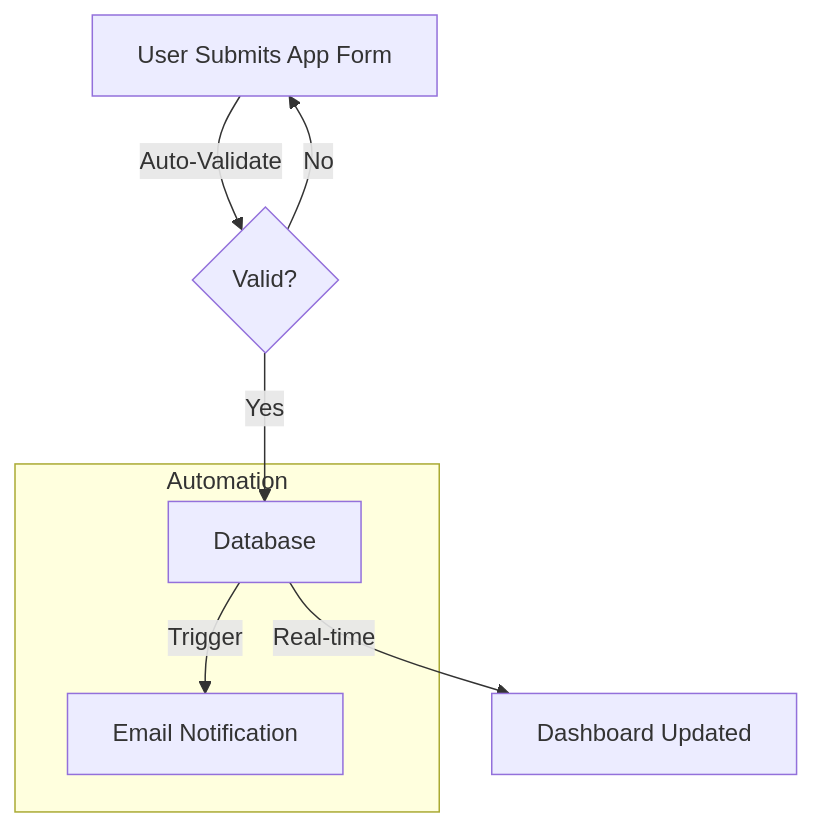
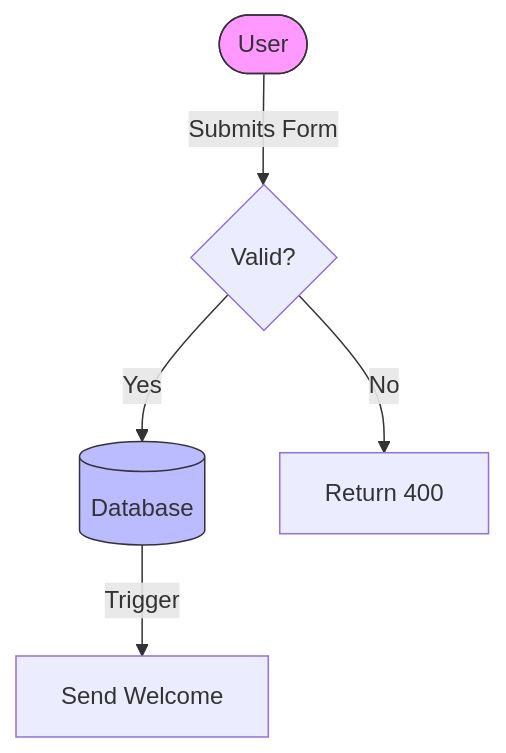
The second of 2 diagrams in skills/business-toolkit/templates/BRD_PROCESS_MAP.md (GitGerry/raps-methodology), drawn with Mermaid before and after one commit. The commit also changed other lines of this file and 38 other files, not shown here.

````diff
--- a/skills/business-toolkit/templates/BRD_PROCESS_MAP.md
+++ b/skills/business-toolkit/templates/BRD_PROCESS_MAP.md
@@ -23,11 +24,10 @@
 ```mermaid
 graph TD
-    A[User Submits App Form] -->|Auto-Validate| B{Valid?}
-    B -->|Yes| C[Database]
-    B -->|No| A
-    C -->|Real-time| D[Dashboard Updated]
+    User([User]) -->|Submits Form| API{Valid?}
+    API -->|Yes| DB[(Database)]
+    API -->|No| Err[Return 400]
+    DB -->|Trigger| Email[Send Welcome]
     
-    subgraph Automation
-    C -->|Trigger| E[Email Notification]
-    end
+    style User fill:#f9f,stroke:#333
+    style DB fill:#bbf,stroke:#333
 ```
````
